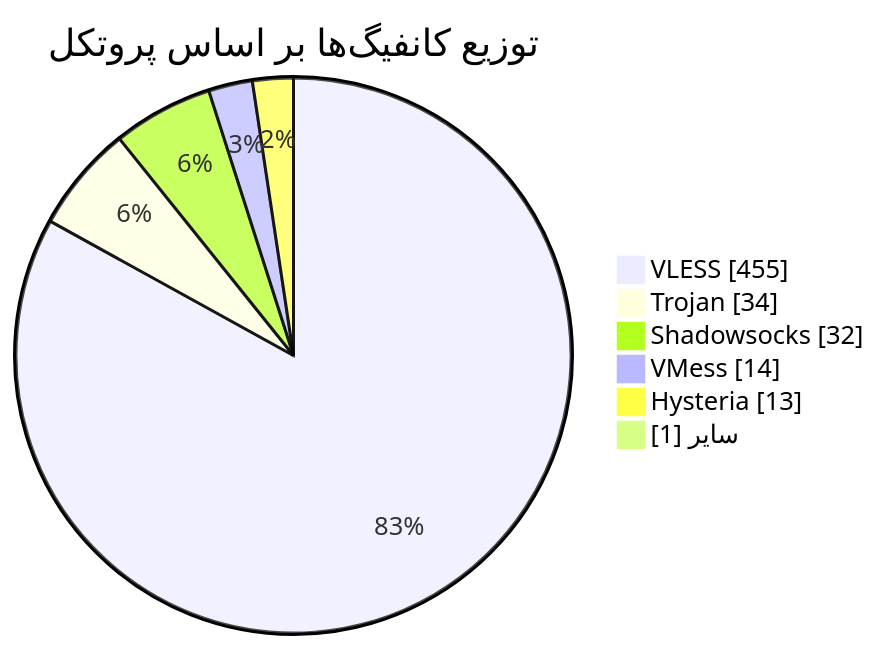
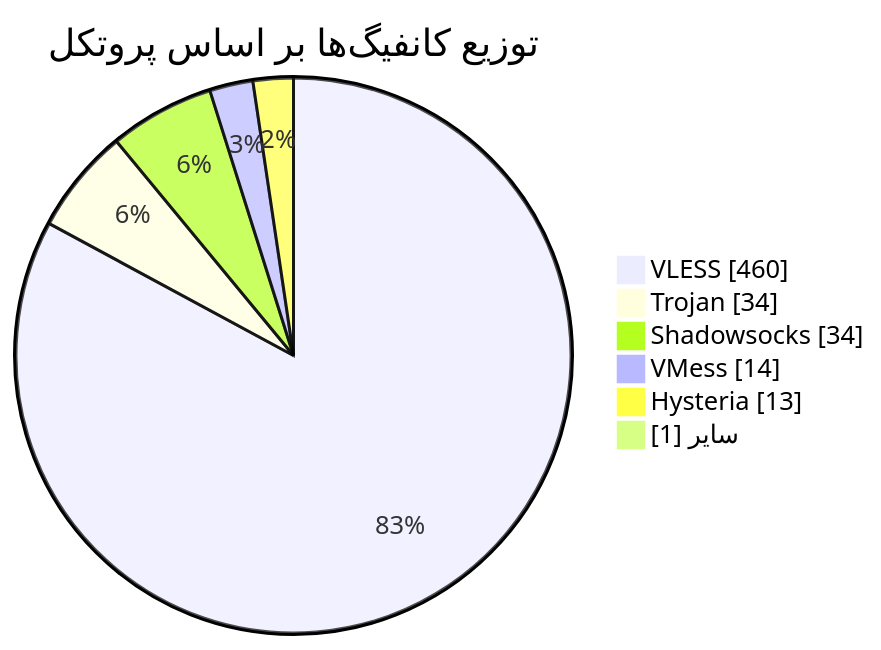
One commit to Arian-Alijani/Somthing changed the diagram in README.md. Above: the diagram before and after it, drawn with Mermaid. The commit also changed other lines of this file and 63 other files, not shown here.

````diff
--- a/README.md
+++ b/README.md
@@ -48,10 +48,10 @@
 ```mermaid
 pie showData
     title توزیع کانفیگ‌ها بر اساس پروتکل
-    "VLESS" : 455
+    "VLESS" : 460
     "Trojan" : 34
-    "Shadowsocks" : 32
+    "Shadowsocks" : 34
     "VMess" : 14
     "Hysteria" : 13
     "سایر" : 1
 ```
````
